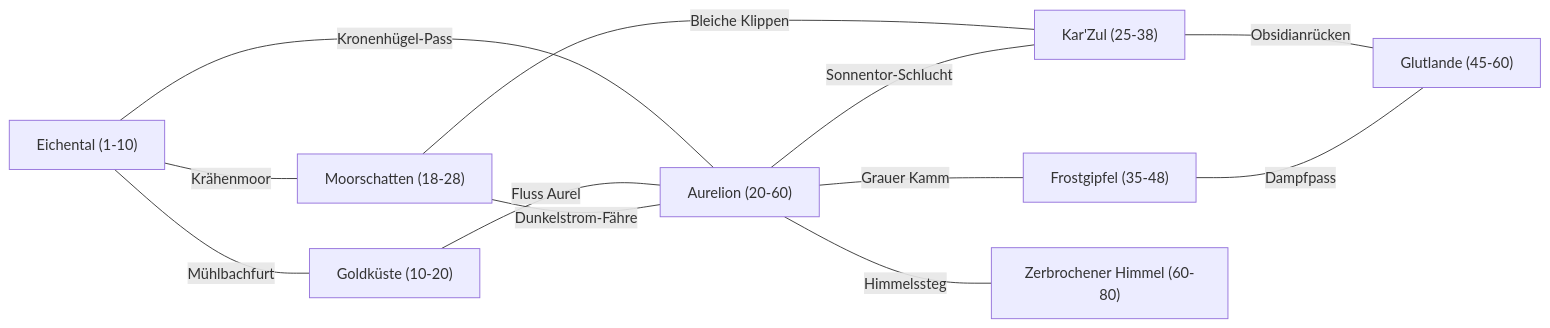
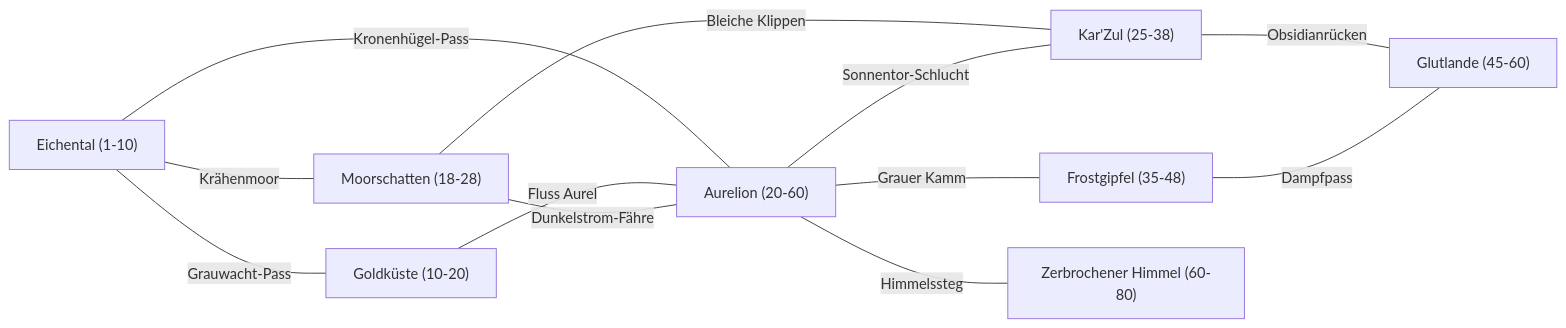
Before and after one commit to porcherliam-glitch/liam: the second of 3 diagrams in docs/GDD/01_Welt_Story_Fraktionen.md, drawn with Mermaid. The commit also changed other lines of this file and 5 other files, not shown here.

````diff
--- a/docs/GDD/01_Welt_Story_Fraktionen.md
+++ b/docs/GDD/01_Welt_Story_Fraktionen.md
@@ -440,14 +543,14 @@
 ```mermaid
 graph LR
-  EI["Eichental (1-10)"] ---|"Mühlbachfurt"| GK["Goldküste (10-20)"]
+  EI["Eichental (1-10)"] ---|"Grauwacht-Pass"| GK["Goldküste (10-20)"]
   EI ---|"Kronenhügel-Pass"| AU["Aurelion (20-60)"]
   EI ---|"Krähenmoor"| MS["Moorschatten (18-28)"]
   GK ---|"Fluss Aurel"| AU
   MS ---|"Dunkelstrom-Fähre"| AU
   MS ---|"Bleiche Klippen"| KZ["Kar'Zul (25-38)"]
   AU ---|"Sonnentor-Schlucht"| KZ
   AU ---|"Grauer Kamm"| FG["Frostgipfel (35-48)"]
   KZ ---|"Obsidianrücken"| GL["Glutlande (45-60)"]
   FG ---|"Dampfpass"| GL
   AU ---|"Himmelssteg"| ZH["Zerbrochener Himmel (60-80)"]
 ```
````
